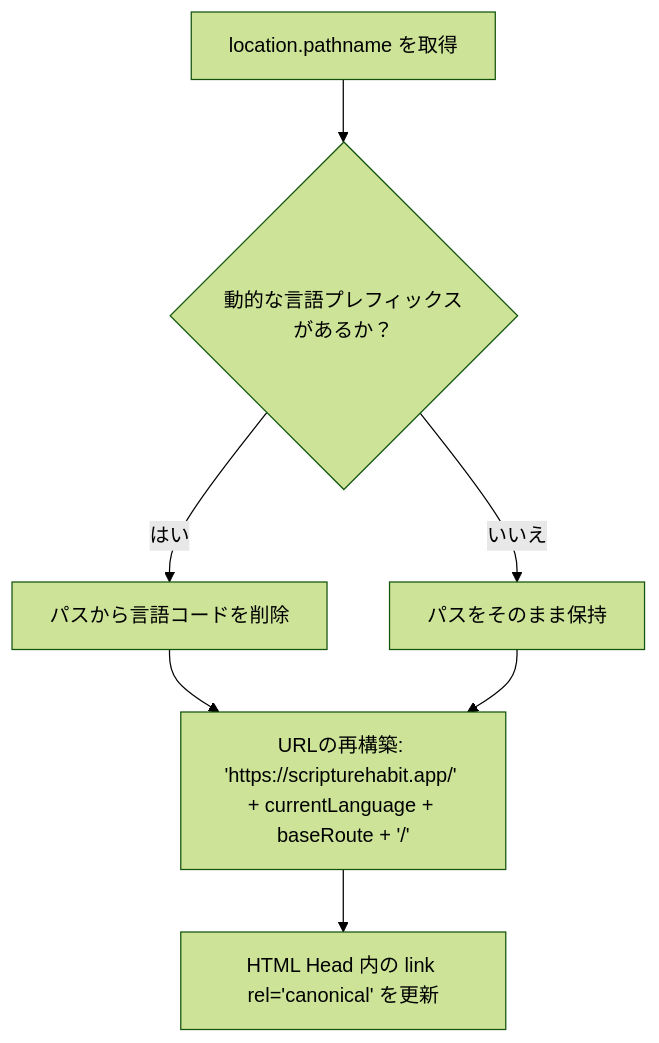
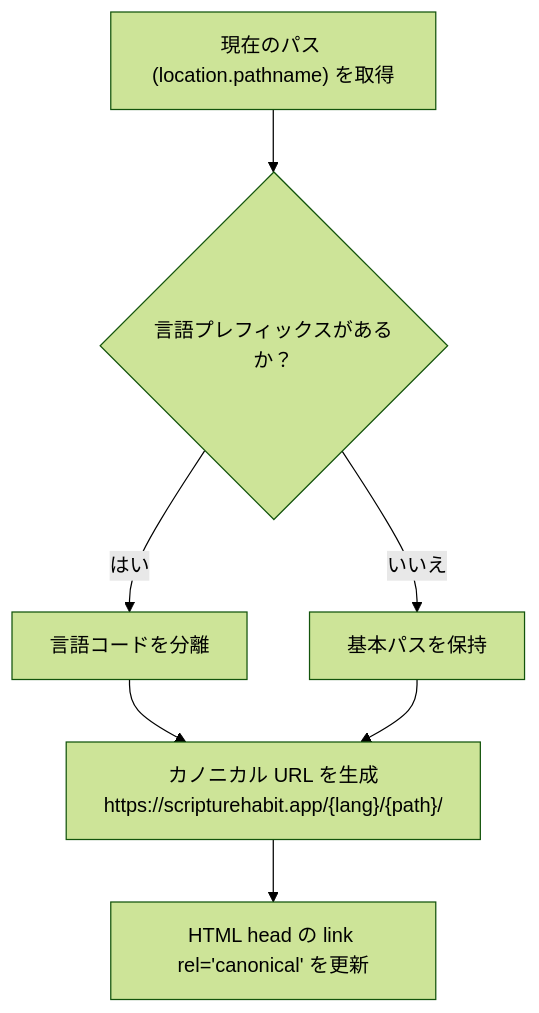
The diagram in docs/ja/seo-and-meta-management.md (ScriptureHabit/scripture-habit), drawn with Mermaid (forest theme) before and after one commit. The commit also changed other lines of this file and 15 other files, not shown here.

Commit message:
docs: refine and simplify all Architecture Overview documentation in Japanese and English

````diff
--- a/docs/ja/seo-and-meta-management.md
+++ b/docs/ja/seo-and-meta-management.md
@@ -22,12 +11,9 @@
 ```mermaid
 flowchart TD
-    Path["location.pathname を取得"] --> CheckPrefix{"動的な言語プレフィックスがあるか？"}
-    
-    CheckPrefix -- はい --> Extract["パスから言語コードを削除"]
-    CheckPrefix -- いいえ --> Keep["パスをそのまま保持"]
-    
-    Extract --> Canonical["URLの再構築: 'https://scripturehabit.app/' + currentLanguage + baseRoute + '/'"]
+    Path["現在のパス (location.pathname) を取得"] --> CheckPrefix{"言語プレフィックスがあるか？"}
+    CheckPrefix -- はい --> Extract["言語コードを分離"]
+    CheckPrefix -- いいえ --> Keep["基本パスを保持"]
+    Extract --> Canonical["カノニカル URL を生成<br/>https://scripturehabit.app/{lang}/{path}/"]
     Keep --> Canonical
-    
-    Canonical --> Insert["HTML Head 内の link rel='canonical' を更新"]
+    Canonical --> Insert["HTML head の link rel='canonical' を更新"]
 ```
````
